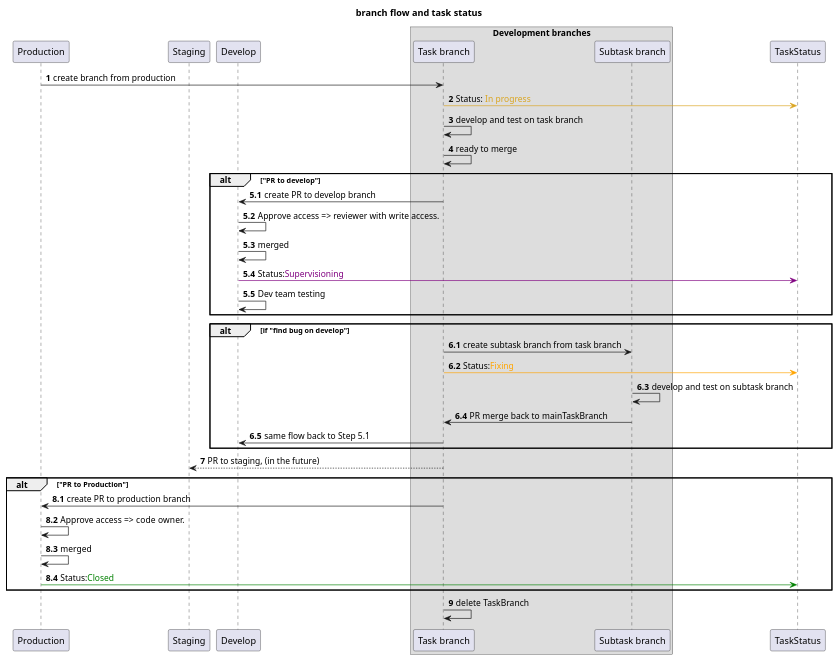
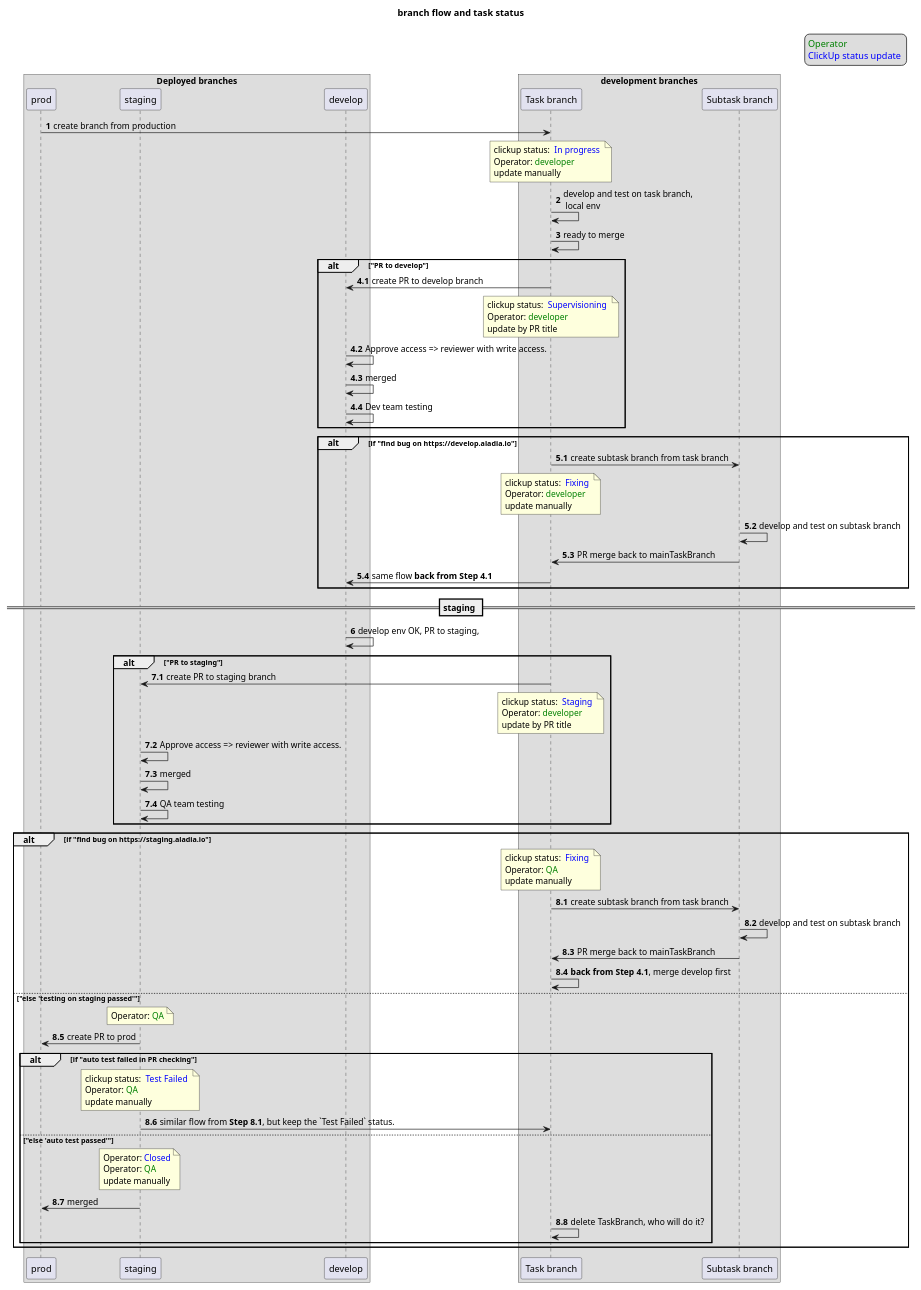
Before and after one commit to chase-si/umlDesigns: the diagram in src/aladia/aladia-branch-manage.wsd, drawn with PlantUML. The commit also changed 3 other files, not shown here.

Commit message:
[feat]更新分支管理流程图，增加状态更新和分支合并逻辑

```diff
--- a/src/aladia/aladia-branch-manage.wsd
+++ b/src/aladia/aladia-branch-manage.wsd
@@ -1,50 +1,103 @@
 @startuml
 title "branch flow and task status"
+legend top right
+  <color green>Operator </color>
+  <color blue>ClickUp status update </color>
+end legend
 
-participant Production
-participant Staging
-participant Develop
 
-box "Development branches"
+box "Deployed branches"
+participant prod
+participant staging
+participant develop
+end box
+
+box "development branches"
 participant TaskBranch as "Task branch"
 participant SubtaskBranch as "Subtask branch"
 end box
 
-participant TaskStatus
-
 autonumber
-Production -> TaskBranch: create branch from production
-TaskBranch -[#DAA520]> TaskStatus: Status:<color DAA520> In progress</color>
-TaskBranch -> TaskBranch: develop and test on task branch
+prod -> TaskBranch: create branch from production
+note over TaskBranch
+  clickup status: <color blue> In progress </color>
+  Operator: <color green>developer</color>
+  update manually
+end note
+TaskBranch -> TaskBranch: develop and test on task branch, \n local env
 TaskBranch -> TaskBranch: ready to merge
+  autonumber 4.1
+  alt "PR to develop"
+    TaskBranch -> develop: create PR to develop branch 
+    note over TaskBranch
+      clickup status: <color blue> Supervisioning </color>
+      Operator: <color green>developer</color>
+      update by PR title
+    end note
+    develop -> develop: <color black>Approve access</color> => reviewer with write access.
+    develop -> develop: merged
+    develop -> develop: Dev team testing
+  end
   autonumber 5.1
-  alt "PR to develop"
-    TaskBranch -> Develop: create PR to develop branch 
-    Develop -> Develop: <color black>Approve access</color> => reviewer with write access.
-    Develop -> Develop: merged
-    Develop -[#800080]> TaskStatus: Status:<color 800080>Supervisioning</color>
-    Develop -> Develop: <color black>Dev team testing</color>
-  end
-  autonumber 6.1
-  alt if "find bug on develop"
+  alt if "find bug on https://develop.aladia.io"
     TaskBranch -> SubtaskBranch: create subtask branch from task branch
-    TaskBranch -[#FFA500]> TaskStatus: Status:<color FFA500>Fixing</color>
+    note over TaskBranch
+      clickup status: <color blue> Fixing </color>
+      Operator: <color green>developer</color>
+      update manually
+    end note    
     SubtaskBranch -> SubtaskBranch: develop and test on subtask branch
     SubtaskBranch -> TaskBranch: PR merge back to mainTaskBranch
-    TaskBranch -> Develop: same flow back to Step 5.1
+    TaskBranch -> develop: same flow <b>back from Step 4.1</b>
   end
 
-
-autonumber 7
-TaskBranch --> Staging: PR to staging, (in the future)
+' pr to staging
+== staging ==
+autonumber 6
+develop -> develop: develop env OK, PR to staging, 
+autonumber 7.1
+  alt "PR to staging"
+    TaskBranch -> staging: create PR to staging branch 
+    note over TaskBranch
+      clickup status: <color blue> Staging </color>
+      Operator: <color green>developer</color>
+      update by PR title
+    end note
+    staging -> staging: <color black>Approve access</color> => reviewer with write access.
+    staging -> staging: merged
+    staging -> staging: QA team testing
+  end
   autonumber 8.1
-  alt "PR to Production"
-    TaskBranch -> Production: create PR to production branch 
-    Production -> Production: <color black>Approve access</color> => code owner.
-    Production -> Production: merged
-    Production -[#008000]> TaskStatus: Status:<color 008000>Closed</color>
+  alt if "find bug on https://staging.aladia.io"
+    note over TaskBranch
+      clickup status: <color blue> Fixing </color>
+      Operator: <color green>QA</color>
+      update manually
+    end note    
+    TaskBranch -> SubtaskBranch: create subtask branch from task branch  
+    SubtaskBranch -> SubtaskBranch: develop and test on subtask branch
+    SubtaskBranch -> TaskBranch: PR merge back to mainTaskBranch
+    TaskBranch -> TaskBranch: <b>back from Step 4.1</b>, merge develop first
+  else "else 'testing on staging passed'"
+    note over staging
+      Operator: <color green>QA</color>
+    end note  
+    staging -> prod: create PR to prod
+    alt if "auto test failed in PR checking"
+      note over staging
+        clickup status: <color blue> Test Failed </color>
+        Operator: <color green>QA</color>
+        update manually
+      end note  
+      staging -> TaskBranch: similar flow from <b>Step 8.1</b>, but keep the `Test Failed` status.
+    else "else 'auto test passed'"
+      note over staging
+        Operator: <color blue>Closed</color>
+        Operator: <color green>QA</color>
+        update manually
+      end note  
+      staging -> prod: merged
+      TaskBranch -> TaskBranch: delete TaskBranch, who will do it?
+    end
   end
-autonumber 9
-TaskBranch -> TaskBranch: delete TaskBranch 
-
 @enduml
```
